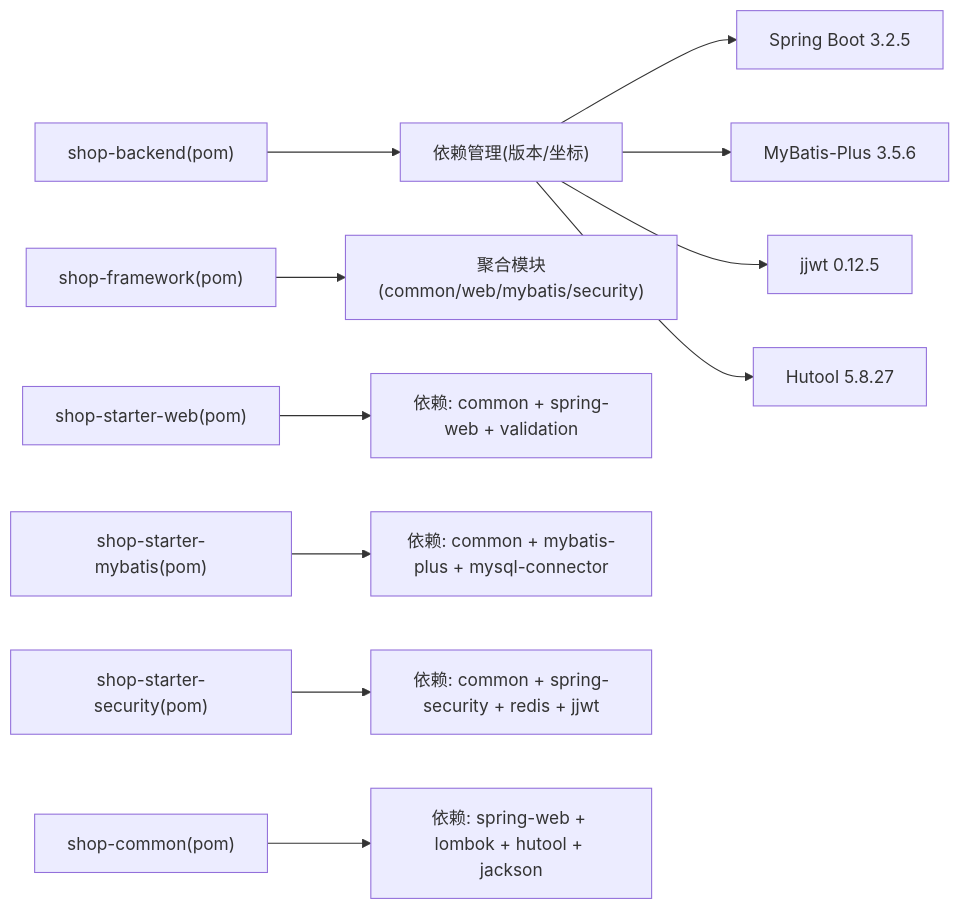
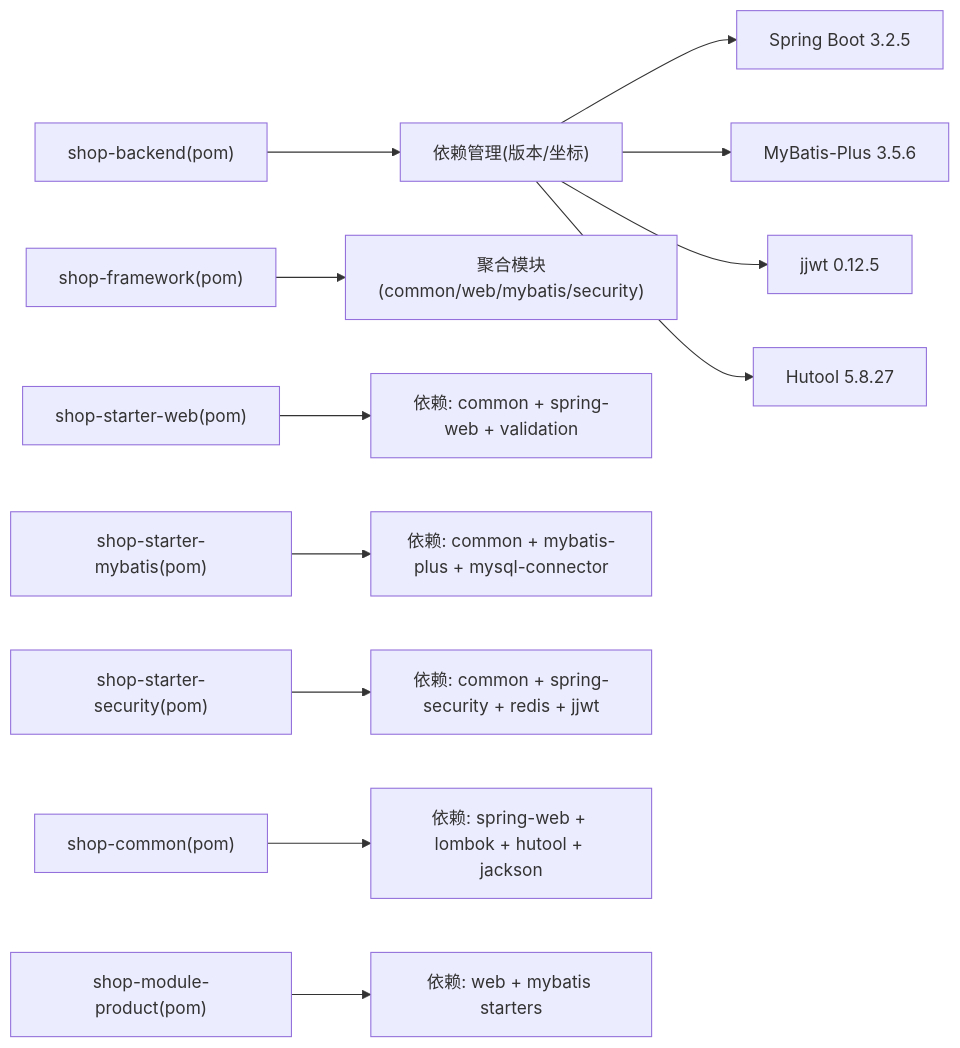
Diagram 13 of 13 in .qoder/repowiki/zh/content/后端架构设计/后端架构设计.md (QtImM/wechatMiniprogram_Store), drawn with Mermaid before and after one commit. The commit also changed other lines of this file and 109 other files, not shown here.

````diff
--- a/.qoder/repowiki/zh/content/后端架构设计/后端架构设计.md
+++ b/.qoder/repowiki/zh/content/后端架构设计/后端架构设计.md
@@ -273,13 +566,14 @@
 ```mermaid
 graph LR
 root["shop-backend(pom)"] --> deps["依赖管理(版本/坐标)"]
 deps --> sb["Spring Boot 3.2.5"]
 deps --> mp["MyBatis-Plus 3.5.6"]
 deps --> jwt["jjwt 0.12.5"]
 deps --> hutool["Hutool 5.8.27"]
 fw["shop-framework(pom)"] --> mods["聚合模块(common/web/mybatis/security)"]
 web_mod["shop-starter-web(pom)"] --> web_dep["依赖: common + spring-web + validation"]
 myb_mod["shop-starter-mybatis(pom)"] --> myb_dep["依赖: common + mybatis-plus + mysql-connector"]
 sec_mod["shop-starter-security(pom)"] --> sec_dep["依赖: common + spring-security + redis + jjwt"]
 common_mod["shop-common(pom)"] --> common_dep["依赖: spring-web + lombok + hutool + jackson"]
+prod_mod["shop-module-product(pom)"] --> prod_dep["依赖: web + mybatis starters"]
 ```
````
